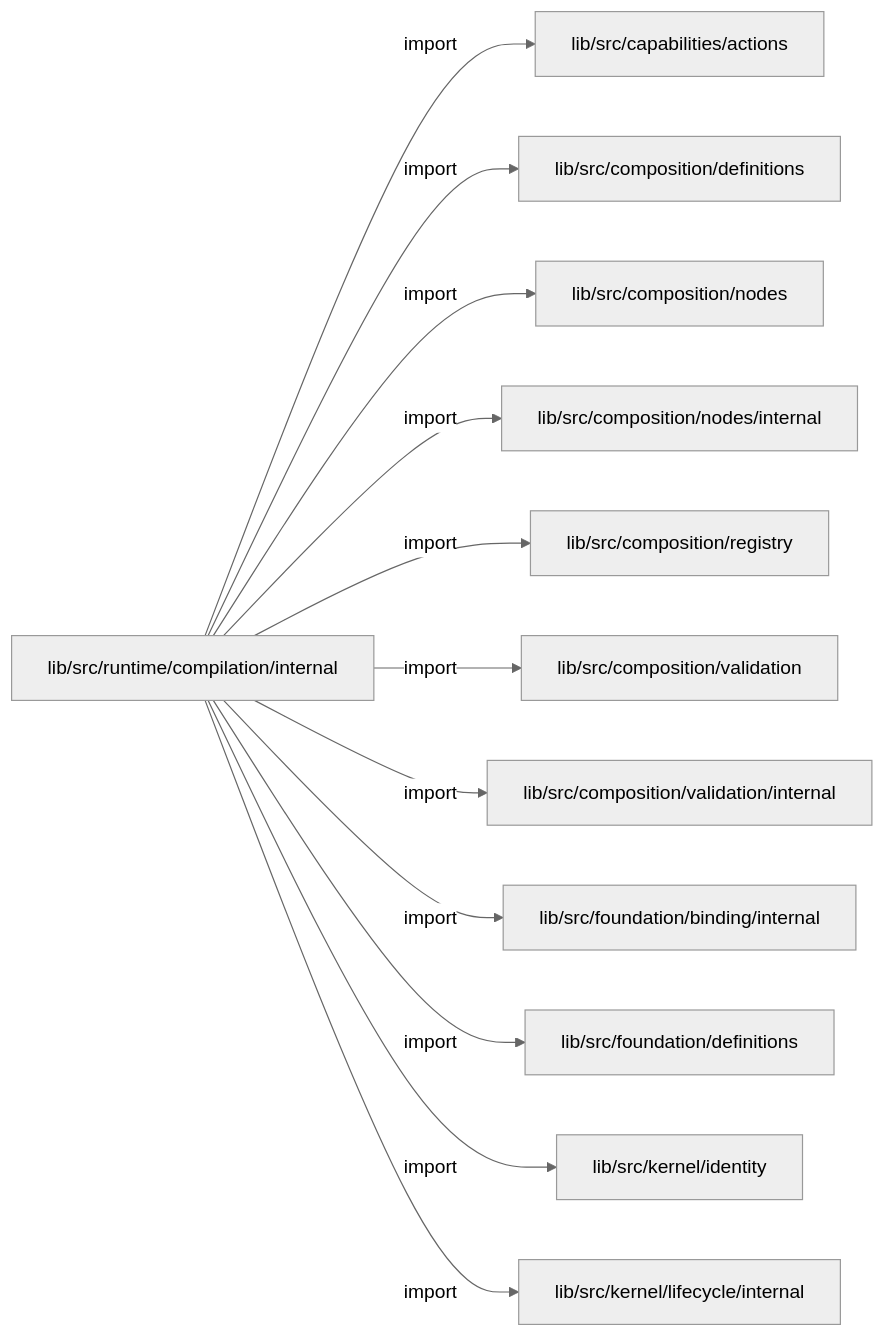
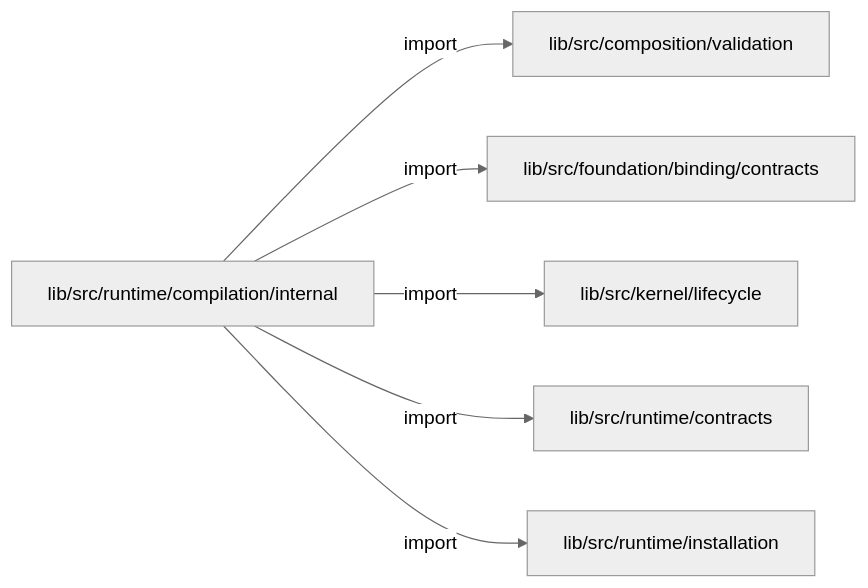
The first of 2 diagrams in docs/architecture/src/runtime/compilation/internal/README.md (MiuDog/Kallopis), drawn with Mermaid (neutral theme) before and after one commit. The commit also changed other lines of this file and 9688 other files, not shown here.

Commit message:
Prepare isolated Flow F2 peer baseline

````diff
--- a/docs/architecture/src/runtime/compilation/internal/README.md
+++ b/docs/architecture/src/runtime/compilation/internal/README.md
@@ -13,26 +13,14 @@
 ```mermaid
 flowchart LR
 	n0["lib/src/runtime/compilation/internal"]
-	n1["lib/src/capabilities/actions"]
-	n2["lib/src/composition/definitions"]
-	n3["lib/src/composition/nodes"]
-	n4["lib/src/composition/nodes/internal"]
-	n5["lib/src/composition/registry"]
-	n6["lib/src/composition/validation"]
-	n7["lib/src/composition/validation/internal"]
-	n8["lib/src/foundation/binding/internal"]
-	n9["lib/src/foundation/definitions"]
-	n10["lib/src/kernel/identity"]
-	n11["lib/src/kernel/lifecycle/internal"]
+	n1["lib/src/composition/validation"]
+	n2["lib/src/foundation/binding/contracts"]
+	n3["lib/src/kernel/lifecycle"]
+	n4["lib/src/runtime/contracts"]
+	n5["lib/src/runtime/installation"]
 	n0 -->|"import"| n1
 	n0 -->|"import"| n2
 	n0 -->|"import"| n3
 	n0 -->|"import"| n4
 	n0 -->|"import"| n5
-	n0 -->|"import"| n6
-	n0 -->|"import"| n7
-	n0 -->|"import"| n8
-	n0 -->|"import"| n9
-	n0 -->|"import"| n10
-	n0 -->|"import"| n11
 ```
````
